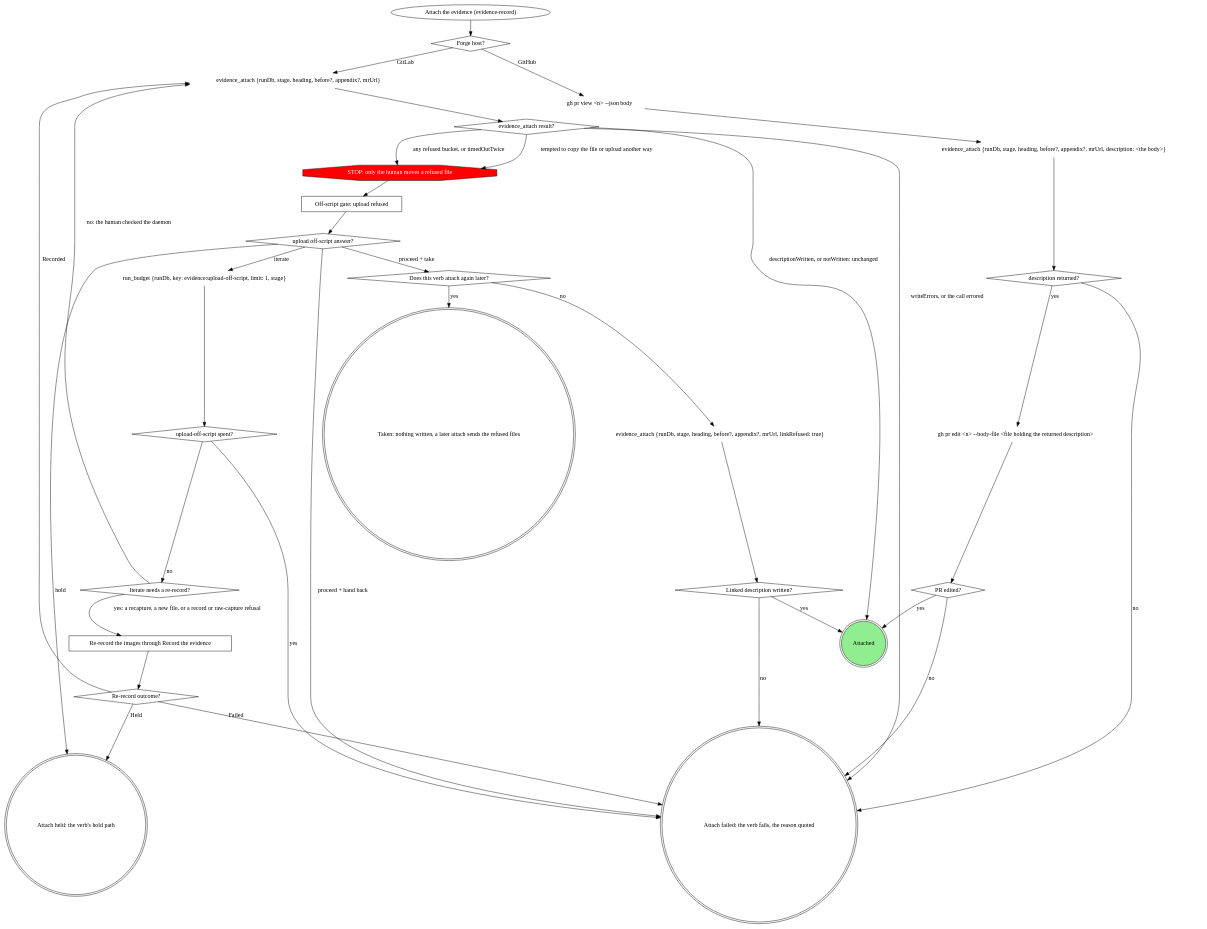
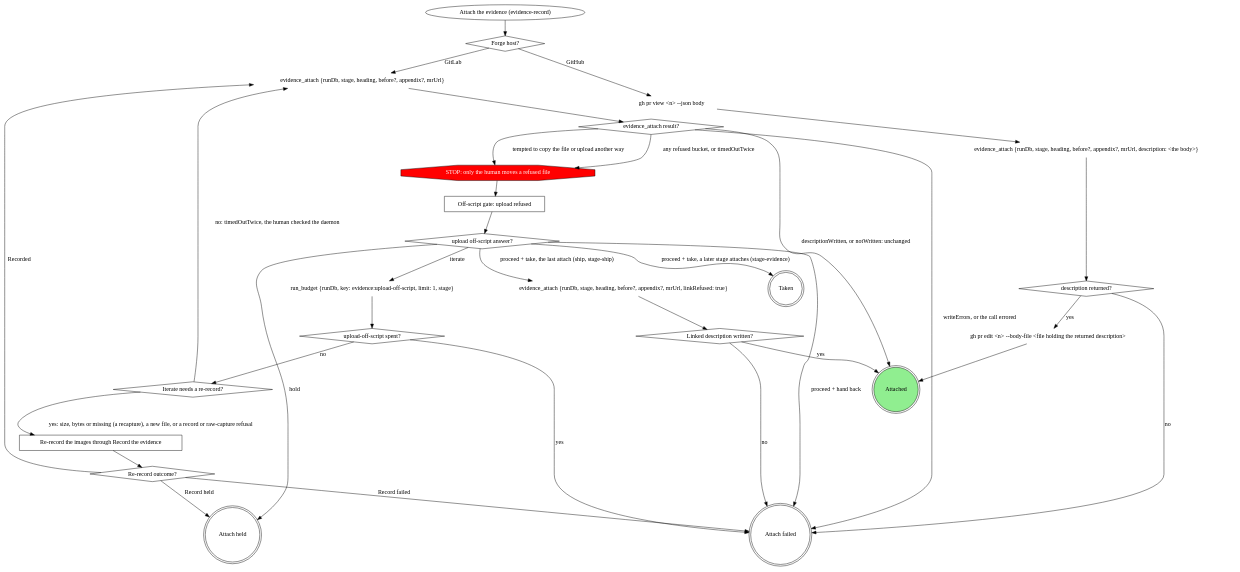
One commit to m4ttstack/mattstack changed the third of 3 diagrams in plugins/mattstack/attachments/evidence-record/SKILL.md. Above: the diagram before and after it, drawn with Graphviz. The commit also changed other lines of this file, not shown here.

First line of the commit message:
evidence-record: carry new case labels until the record is written

````diff
--- a/plugins/mattstack/attachments/evidence-record/SKILL.md
+++ b/plugins/mattstack/attachments/evidence-record/SKILL.md
@@ -158,59 +164,56 @@
 ```dot
 digraph attach_evidence {
     "Attach the evidence (evidence-record)" [shape=ellipse];
     "Forge host?" [shape=diamond];
     "evidence_attach {runDb, stage, heading, before?, appendix?, mrUrl}" [shape=plaintext];
     "evidence_attach result?" [shape=diamond];
     "STOP: only the human moves a refused file" [shape=octagon style=filled fillcolor=red fontcolor=white];
     "Off-script gate: upload refused" [shape=box];
     "upload off-script answer?" [shape=diamond];
-    "Does this verb attach again later?" [shape=diamond];
     "evidence_attach {runDb, stage, heading, before?, appendix?, mrUrl, linkRefused: true}" [shape=plaintext];
     "Linked description written?" [shape=diamond];
     "run_budget {runDb, key: evidence:upload-off-script, limit: 1, stage}" [shape=plaintext];
     "upload-off-script spent?" [shape=diamond];
     "Iterate needs a re-record?" [shape=diamond];
     "Re-record the images through Record the evidence" [shape=box];
     "Re-record outcome?" [shape=diamond];
     "gh pr view <n> --json body" [shape=plaintext];
     "evidence_attach {runDb, stage, heading, before?, appendix?, mrUrl, description: <the body>}" [shape=plaintext];
     "description returned?" [shape=diamond];
     "gh pr edit <n> --body-file <file holding the returned description>" [shape=plaintext];
-    "PR edited?" [shape=diamond];
     "Attached" [shape=doublecircle style=filled fillcolor=lightgreen];
-    "Taken: nothing written, a later attach sends the refused files" [shape=doublecircle];
-    "Attach held: the verb's hold path" [shape=doublecircle];
-    "Attach failed: the verb fails, the reason quoted" [shape=doublecircle];
+    "Taken" [shape=doublecircle];
+    "Attach held" [shape=doublecircle];
+    "Attach failed" [shape=doublecircle];
 
     "Attach the evidence (evidence-record)" -> "Forge host?";
     "Forge host?" -> "evidence_attach {runDb, stage, heading, before?, appendix?, mrUrl}" [label="GitLab"];
     "Forge host?" -> "gh pr view <n> --json body" [label="GitHub"];
     "evidence_attach {runDb, stage, heading, before?, appendix?, mrUrl}" -> "evidence_attach result?";
     "evidence_attach result?" -> "Attached" [label="descriptionWritten, or notWritten: unchanged"];
     "evidence_attach result?" -> "STOP: only the human moves a refused file" [label="any refused bucket, or timedOutTwice"];
     "evidence_attach result?" -> "STOP: only the human moves a refused file" [label="tempted to copy the file or upload another way"];
-    "evidence_attach result?" -> "Attach failed: the verb fails, the reason quoted" [label="writeErrors, or the call errored"];
+    "evidence_attach result?" -> "Attach failed" [label="writeErrors, or the call errored"];
     "STOP: only the human moves a refused file" -> "Off-script gate: upload refused" -> "upload off-script answer?";
-    "upload off-script answer?" -> "Does this verb attach again later?" [label="proceed + take"];
-    "upload off-script answer?" -> "Attach failed: the verb fails, the reason quoted" [label="proceed + hand back"];
+    "upload off-script answer?" -> "Taken" [label="proceed + take, a later stage attaches (stage-evidence)"];
+    "upload off-script answer?" -> "evidence_attach {runDb, stage, heading, before?, appendix?, mrUrl, linkRefused: true}" [label="proceed + take, the last attach (ship, stage-ship)"];
+    "upload off-script answer?" -> "Attach failed" [label="proceed + hand back"];
     "upload off-script answer?" -> "run_budget {runDb, key: evidence:upload-off-script, limit: 1, stage}" [label="iterate"];
-    "upload off-script answer?" -> "Attach held: the verb's hold path" [label="hold"];
-    "Does this verb attach again later?" -> "Taken: nothing written, a later attach sends the refused files" [label="yes"];
-    "Does this verb attach again later?" -> "evidence_attach {runDb, stage, heading, before?, appendix?, mrUrl, linkRefused: true}" [label="no"];
+    "upload off-script answer?" -> "Attach held" [label="hold"];
     "evidence_attach {runDb, stage, heading, before?, appendix?, mrUrl, linkRefused: true}" -> "Linked description written?";
     "run_budget {runDb, key: evidence:upload-off-script, limit: 1, stage}" -> "upload-off-script spent?";
     "upload-off-script spent?" -> "Iterate needs a re-record?" [label="no"];
-    "Iterate needs a re-record?" -> "Re-record the images through Record the evidence" [label="yes: a recapture, a new file, or a record or raw-capture refusal"];
-    "Iterate needs a re-record?" -> "evidence_attach {runDb, stage, heading, before?, appendix?, mrUrl}" [label="no: the human checked the daemon"];
+    "Iterate needs a re-record?" -> "Re-record the images through Record the evidence" [label="yes: size, bytes or missing (a recapture), a new file, or a record or raw-capture refusal"];
+    "Iterate needs a re-record?" -> "evidence_attach {runDb, stage, heading, before?, appendix?, mrUrl}" [label="no: timedOutTwice, the human checked the daemon"];
     "Re-record the images through Record the evidence" -> "Re-record outcome?";
     "Re-record outcome?" -> "evidence_attach {runDb, stage, heading, before?, appendix?, mrUrl}" [label="Recorded"];
-    "Re-record outcome?" -> "Attach held: the verb's hold path" [label="Held"];
-    "Re-record outcome?" -> "Attach failed: the verb fails, the reason quoted" [label="Failed"];
+    "Re-record outcome?" -> "Attach held" [label="Record held"];
+    "Re-record outcome?" -> "Attach failed" [label="Record failed"];
     "gh pr view <n> --json body" -> "evidence_attach {runDb, stage, heading, before?, appendix?, mrUrl, description: <the body>}" -> "description returned?";
     "description returned?" -> "gh pr edit <n> --body-file <file holding the returned description>" [label="yes"];
-    "gh pr edit <n> --body-file <file holding the returned description>" -> "PR edited?";
-    {"Linked description written?" "PR edited?"} -> "Attached" [label="yes"];
-    {"Linked description written?" "description returned?" "PR edited?"} -> "Attach failed: the verb fails, the reason quoted" [label="no"];
-    "upload-off-script spent?" -> "Attach failed: the verb fails, the reason quoted" [label="yes"];
+    "gh pr edit <n> --body-file <file holding the returned description>" -> "Attached";
+    "Linked description written?" -> "Attached" [label="yes"];
+    {"Linked description written?" "description returned?"} -> "Attach failed" [label="no"];
+    "upload-off-script spent?" -> "Attach failed" [label="yes"];
 }
 ```
````
